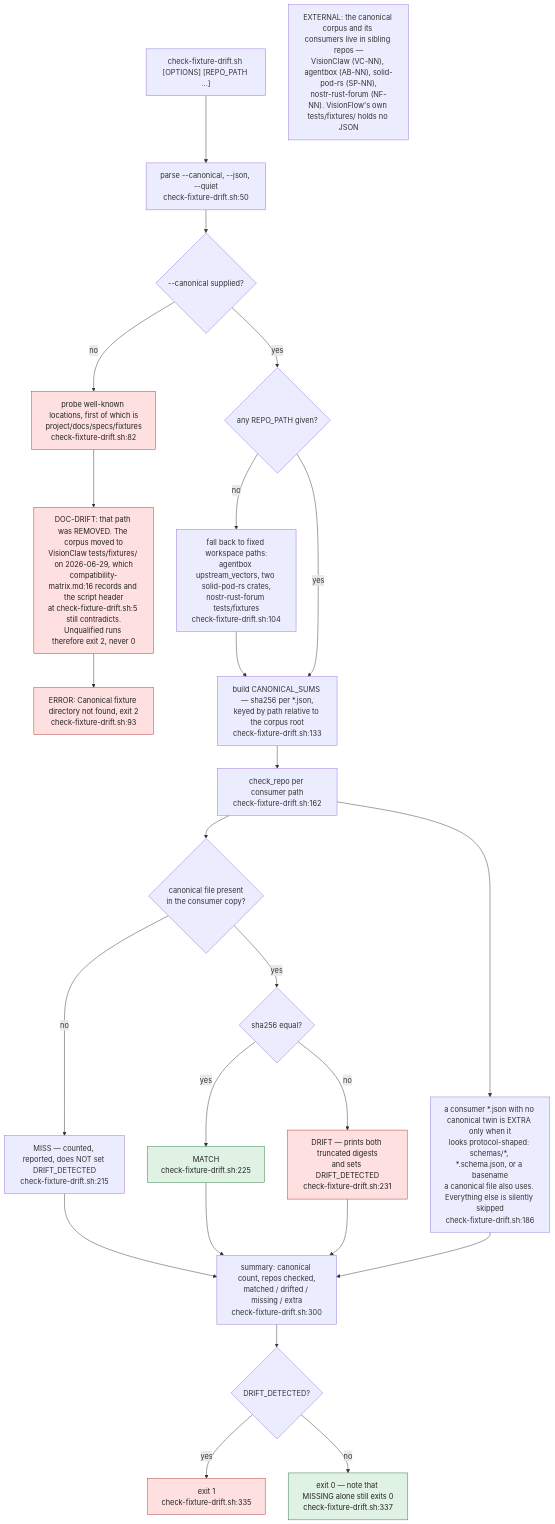
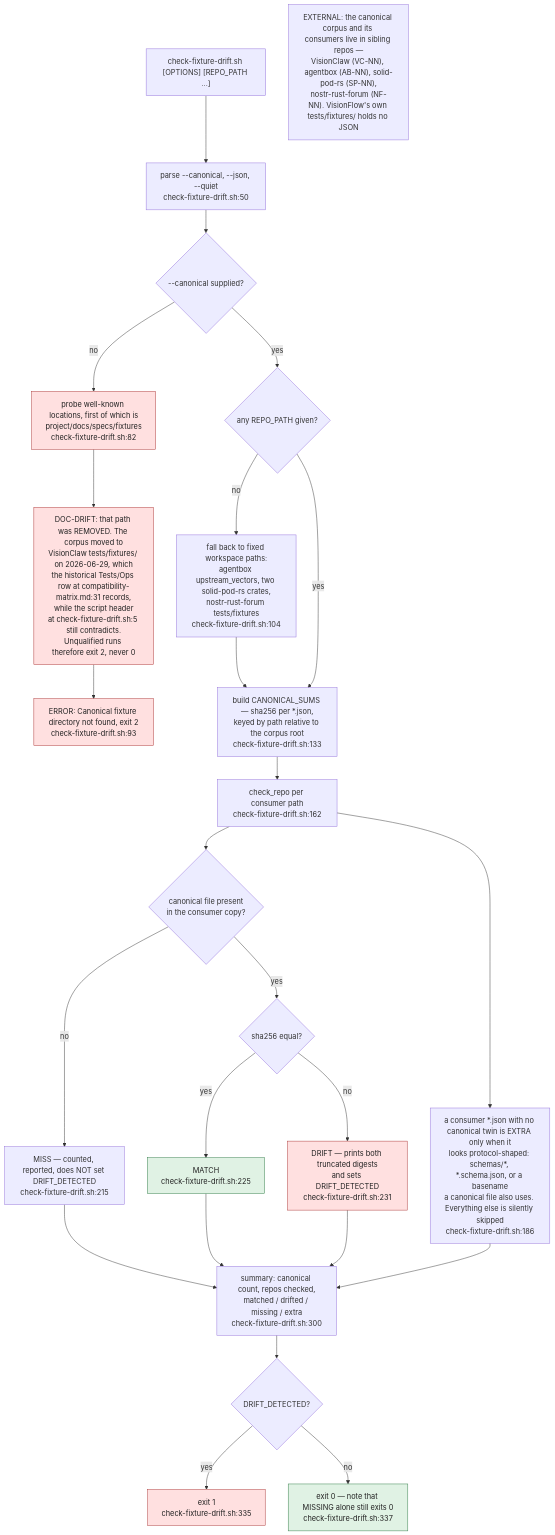
One commit to DreamLab-AI/VisionFlow changed the sixth of 12 diagrams in docs/diagrams/visionflow/05-governance-gates.md. Above: the diagram before and after it, drawn with Mermaid. The commit also changed other lines of this file and 185 other files, not shown here.

Commit message:
docs(estate): reconcile diagrams and ADRs with source and define closeout sprint

````diff
--- a/docs/diagrams/visionflow/05-governance-gates.md
+++ b/docs/diagrams/visionflow/05-governance-gates.md
@@ -266,36 +267,36 @@
 ```mermaid
 flowchart TB
     classDef bad fill:#ffe0e0,stroke:#aa3333,color:#222
     classDef ok fill:#e0f2e4,stroke:#2f7a45,color:#222
 
     START["check-fixture-drift.sh [OPTIONS] [REPO_PATH ...]"] --> ARGS["parse --canonical, --json, --quiet<br/>check-fixture-drift.sh:50"]
     ARGS --> RESOLVE{"--canonical supplied?"}
 
     RESOLVE -->|no| PROBE["probe well-known locations, first of which is<br/>project/docs/specs/fixtures<br/>check-fixture-drift.sh:82"]:::bad
-    PROBE --> STALE["DOC-DRIFT: that path was REMOVED. The corpus moved to<br/>VisionClaw tests/fixtures/ on 2026-06-29, which<br/>compatibility-matrix.md:16 records and the script header<br/>at check-fixture-drift.sh:5 still contradicts.<br/>Unqualified runs therefore exit 2, never 0"]:::bad
+    PROBE --> STALE["DOC-DRIFT: that path was REMOVED. The corpus moved to<br/>VisionClaw tests/fixtures/ on 2026-06-29, which<br/>the historical Tests/Ops row at compatibility-matrix.md:31 records,<br/>while the script header<br/>at check-fixture-drift.sh:5 still contradicts.<br/>Unqualified runs therefore exit 2, never 0"]:::bad
     STALE --> EXIT2["ERROR: Canonical fixture directory not found, exit 2<br/>check-fixture-drift.sh:93"]:::bad
 
     RESOLVE -->|yes| DEFREPOS{"any REPO_PATH given?"}
     DEFREPOS -->|no| DEFAULTS["fall back to fixed workspace paths:<br/>agentbox upstream_vectors, two solid-pod-rs crates,<br/>nostr-rust-forum tests/fixtures<br/>check-fixture-drift.sh:104"]
     DEFREPOS -->|yes| INDEX
     DEFAULTS --> INDEX["build CANONICAL_SUMS — sha256 per *.json,<br/>keyed by path relative to the corpus root<br/>check-fixture-drift.sh:133"]
 
     INDEX --> LOOP["check_repo per consumer path<br/>check-fixture-drift.sh:162"]
     LOOP --> C1{"canonical file present<br/>in the consumer copy?"}
     C1 -->|no| MISS["MISS — counted, reported, does NOT set DRIFT_DETECTED<br/>check-fixture-drift.sh:215"]
     C1 -->|yes| C2{"sha256 equal?"}
     C2 -->|yes| MATCH["MATCH<br/>check-fixture-drift.sh:225"]:::ok
     C2 -->|no| DRIFT["DRIFT — prints both truncated digests<br/>and sets DRIFT_DETECTED<br/>check-fixture-drift.sh:231"]:::bad
 
     LOOP --> EXTRA["a consumer *.json with no canonical twin is EXTRA only when it<br/>looks protocol-shaped: schemas/*, *.schema.json, or a basename<br/>a canonical file also uses. Everything else is silently skipped<br/>check-fixture-drift.sh:186"]
 
     MATCH --> SUM["summary: canonical count, repos checked,<br/>matched / drifted / missing / extra<br/>check-fixture-drift.sh:300"]
     MISS --> SUM
     DRIFT --> SUM
     EXTRA --> SUM
     SUM --> VERD{"DRIFT_DETECTED?"}
     VERD -->|yes| E1["exit 1<br/>check-fixture-drift.sh:335"]:::bad
     VERD -->|no| E0["exit 0 — note that MISSING alone still exits 0<br/>check-fixture-drift.sh:337"]:::ok
 
     NOTE["EXTERNAL: the canonical corpus and its consumers live in sibling repos —<br/>VisionClaw (VC-NN), agentbox (AB-NN), solid-pod-rs (SP-NN),<br/>nostr-rust-forum (NF-NN). VisionFlow's own tests/fixtures/ holds no JSON"]
 ```
````
